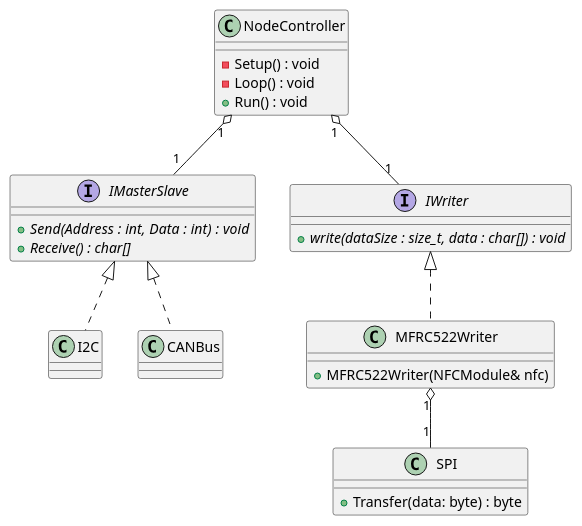
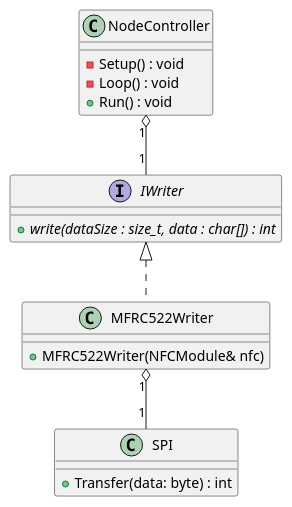
One commit to T3-FindIt/FindIt changed the diagram in Designs/Arduino nano/Class diagram Writer.wsd. Above: the diagram before and after it, drawn with PlantUML. The commit also changed 8 other files, not shown here.

Commit message:
Sequence Diagrams Reader, Sequence Diagrams Writer en Class Diagram Writers gemaakt.

```diff
--- a/Designs/Arduino nano/Class diagram Writer.wsd
+++ b/Designs/Arduino nano/Class diagram Writer.wsd
@@ -1,38 +1,28 @@
 @startuml
 
 Class NodeController
 {
     {method} - Setup() : void 
     {method} - Loop() : void
     {method} + Run() : void
 }
 
-Interface IMasterSlave
-{
-    {abstract} + Send(Address : int, Data : int)  : void
-    {abstract} + Receive() : char[]
-}
 
 class SPI {
-   {method} + Transfer(data: byte) : byte
+   {method} + Transfer(data: byte) : int
 }
 
 interface IWriter {
-    {abstract} + write(dataSize : size_t, data : char[]) : void
+    {abstract} + write(dataSize : size_t, data : char[]) : int
 }
 
 class MFRC522Writer {
     {method}  + MFRC522Writer(NFCModule& nfc)
 }
 
-NodeController "1" o-- "1" IMasterSlave
 NodeController "1" o-- "1" IWriter
-
-
-IMasterSlave <|.. I2C
-IMasterSlave <|.. CANBus
 
 IWriter <|.. MFRC522Writer
 MFRC522Writer "1" o-- "1" SPI
 
 @enduml
```
